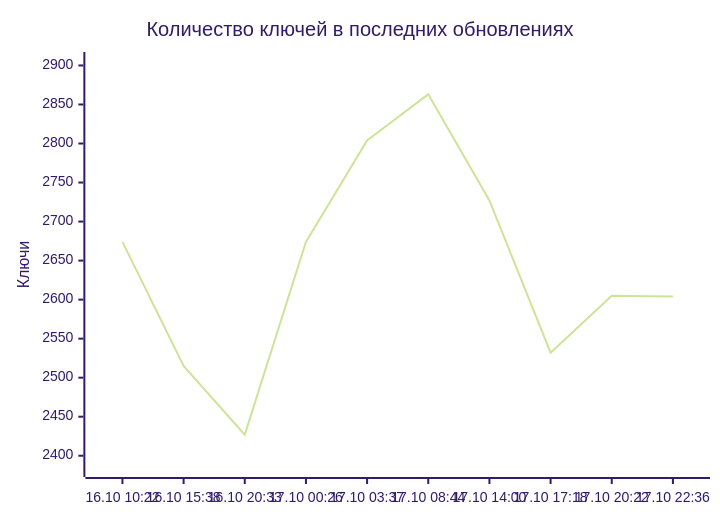
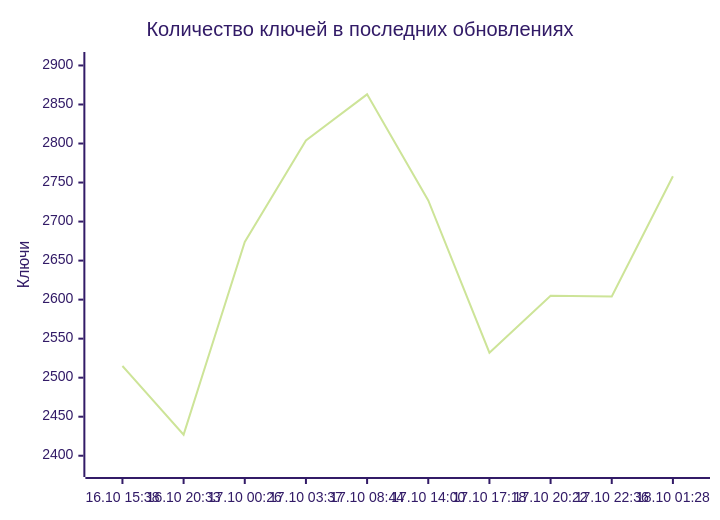
The diagram in README.md (markKikhtenko/WireVeil), drawn with Mermaid (forest theme) before and after one commit. The commit also changed other lines of this file and 12 other files, not shown here.

````diff
--- a/README.md
+++ b/README.md
@@ -55,7 +55,7 @@
 ```mermaid
 xychart-beta
     title "Количество ключей в последних обновлениях"
-    x-axis ["16.10 10:22", "16.10 15:38", "16.10 20:33", "17.10 00:26", "17.10 03:37", "17.10 08:44", "17.10 14:00", "17.10 17:18", "17.10 20:22", "17.10 22:36"]
+    x-axis ["16.10 15:38", "16.10 20:33", "17.10 00:26", "17.10 03:37", "17.10 08:44", "17.10 14:00", "17.10 17:18", "17.10 20:22", "17.10 22:36", "18.10 01:28"]
     y-axis "Ключи" 2383 --> 2907
-    line [2674, 2515, 2427, 2674, 2804, 2863, 2727, 2532, 2605, 2604]
+    line [2515, 2427, 2674, 2804, 2863, 2727, 2532, 2605, 2604, 2758]
 ```
````
